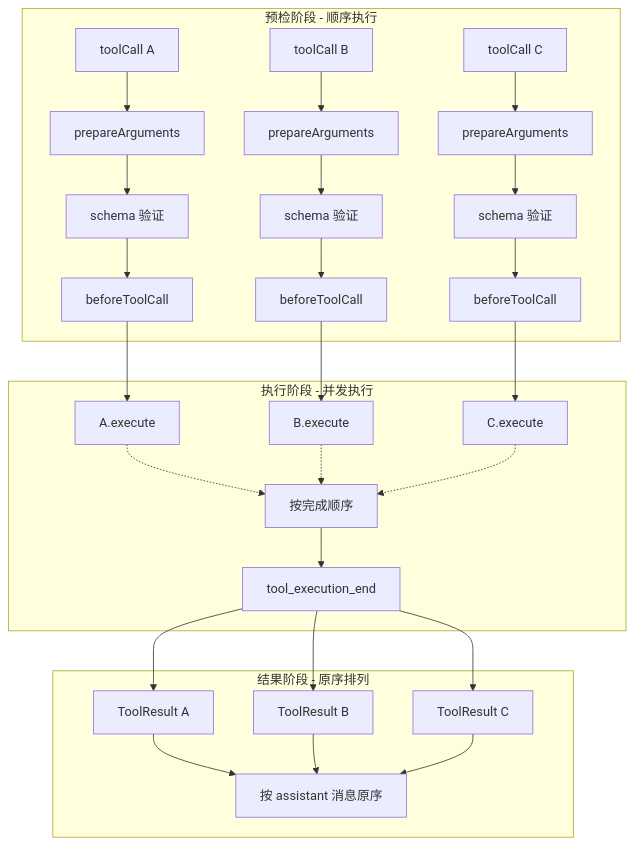
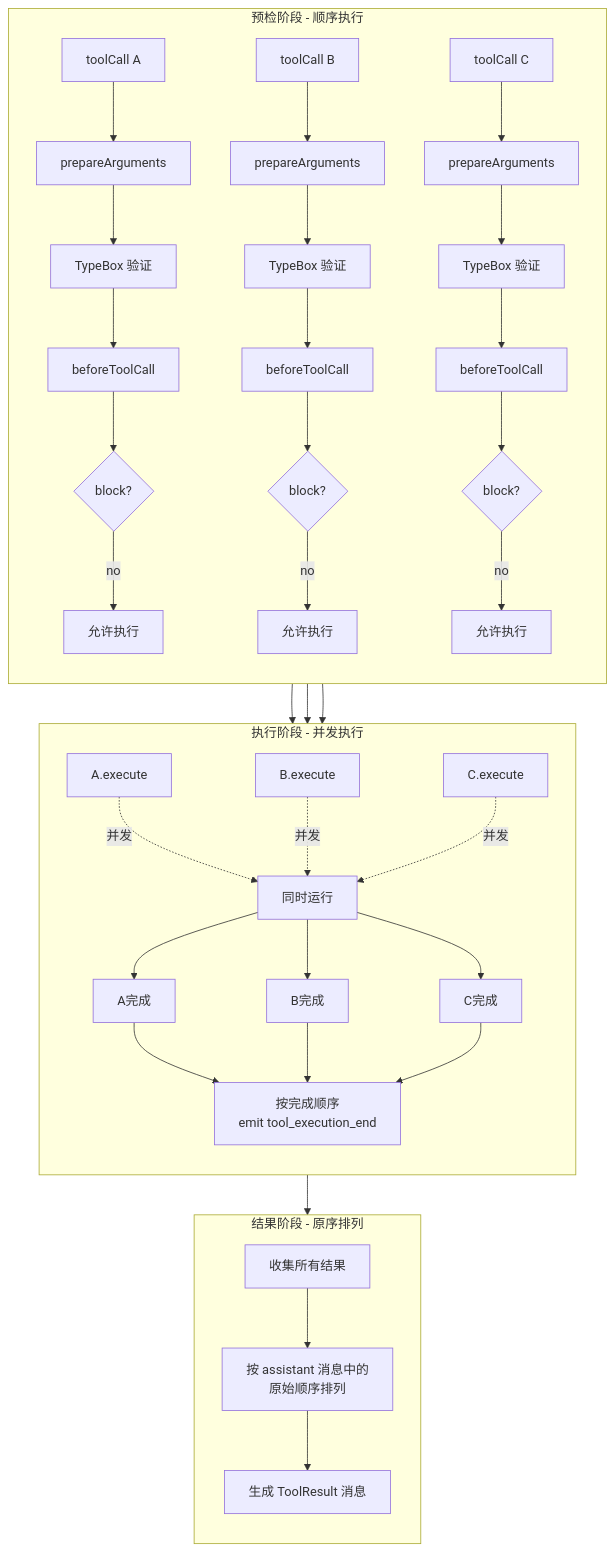
Before and after one commit to AltumSisy/State-driven-progressive-learning-system: the fourth of 6 diagrams in .learning/agent-core-study/context/L02/flowchart.mermaid.md, drawn with Mermaid. The commit also changed other lines of this file and 10 other files, not shown here.

````diff
--- a/.learning/agent-core-study/context/L02/flowchart.mermaid.md
+++ b/.learning/agent-core-study/context/L02/flowchart.mermaid.md
@@ -49,38 +92,50 @@
 ```mermaid
 flowchart TD
     subgraph 预检阶段[预检阶段 - 顺序执行]
+        direction TB
         A1[toolCall A] --> B1[prepareArguments]
-        B1 --> C1[schema 验证]
+        B1 --> C1[TypeBox 验证]
         C1 --> D1[beforeToolCall]
+        D1 --> E1{block?}
         
         A2[toolCall B] --> B2[prepareArguments]
-        B2 --> C2[schema 验证]
+        B2 --> C2[TypeBox 验证]
         C2 --> D2[beforeToolCall]
+        D2 --> E2{block?}
         
         A3[toolCall C] --> B3[prepareArguments]
-        B3 --> C3[schema 验证]
+        B3 --> C3[TypeBox 验证]
         C3 --> D3[beforeToolCall]
+        D3 --> E3{block?}
+        
+        E1 -->|no| F1[允许执行]
+        E2 -->|no| F2[允许执行]
+        E3 -->|no| F3[允许执行]
     end
     
     subgraph 执行阶段[执行阶段 - 并发执行]
-        D1 --> E1[A.execute]
-        D2 --> E2[B.execute]
-        D3 --> E3[C.execute]
+        direction TB
+        F1 --> G1[A.execute]
+        F2 --> G2[B.execute]
+        F3 --> G3[C.execute]
         
-        E1 -.-> F1[按完成顺序]
-        E2 -.-> F1
-        E3 -.-> F1
+        G1 -.->|并发| H[同时运行]
+        G2 -.->|并发| H
+        G3 -.->|并发| H
         
-        F1 --> G[tool_execution_end]
+        H --> I1[A完成]
+        H --> I2[B完成]
+        H --> I3[C完成]
+        
+        I1 --> J[按完成顺序<br/>emit tool_execution_end]
+        I2 --> J
+        I3 --> J
     end
     
     subgraph 结果阶段[结果阶段 - 原序排列]
-        G --> H1[ToolResult A]
-        G --> H2[ToolResult B]
-        G --> H3[ToolResult C]
-        
-        H1 --> I[按 assistant 消息原序]
-        H2 --> I
-        H3 --> I
+        direction TB
+        J --> K1[收集所有结果]
+        K1 --> K2[按 assistant 消息中的<br/>原始顺序排列]
+        K2 --> L[生成 ToolResult 消息]
     end
 ```
````
